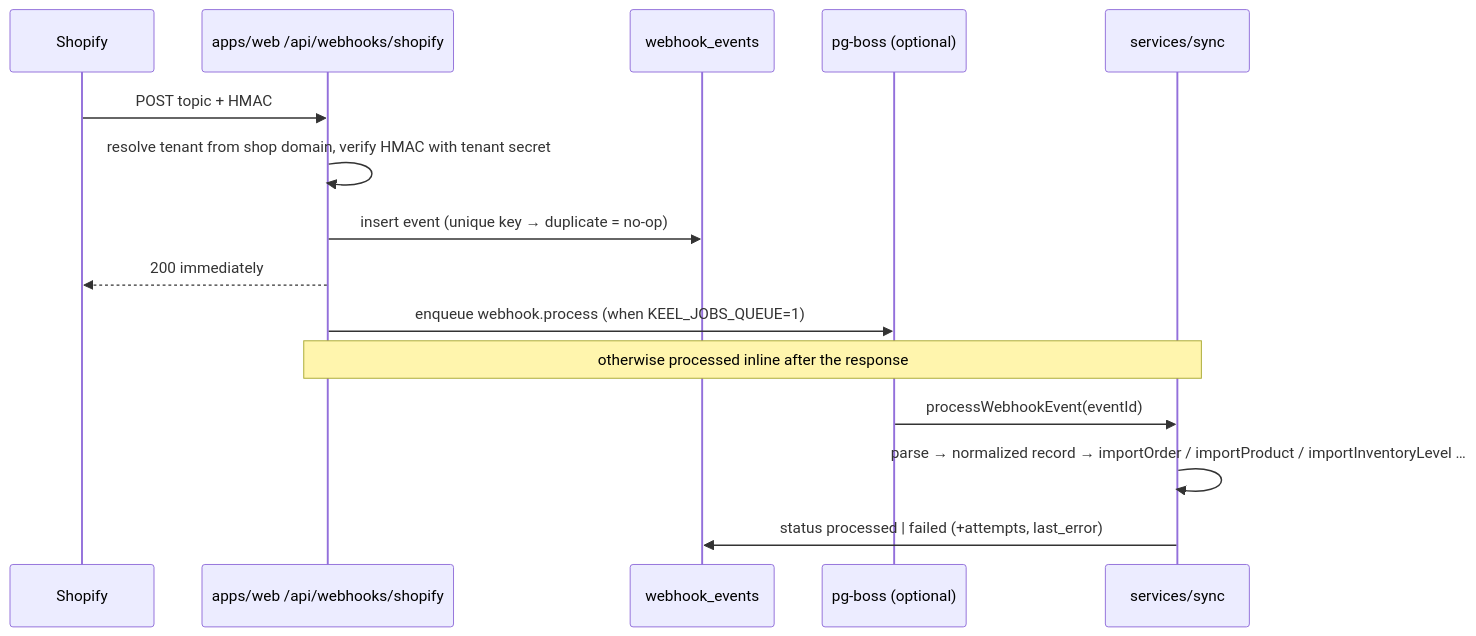
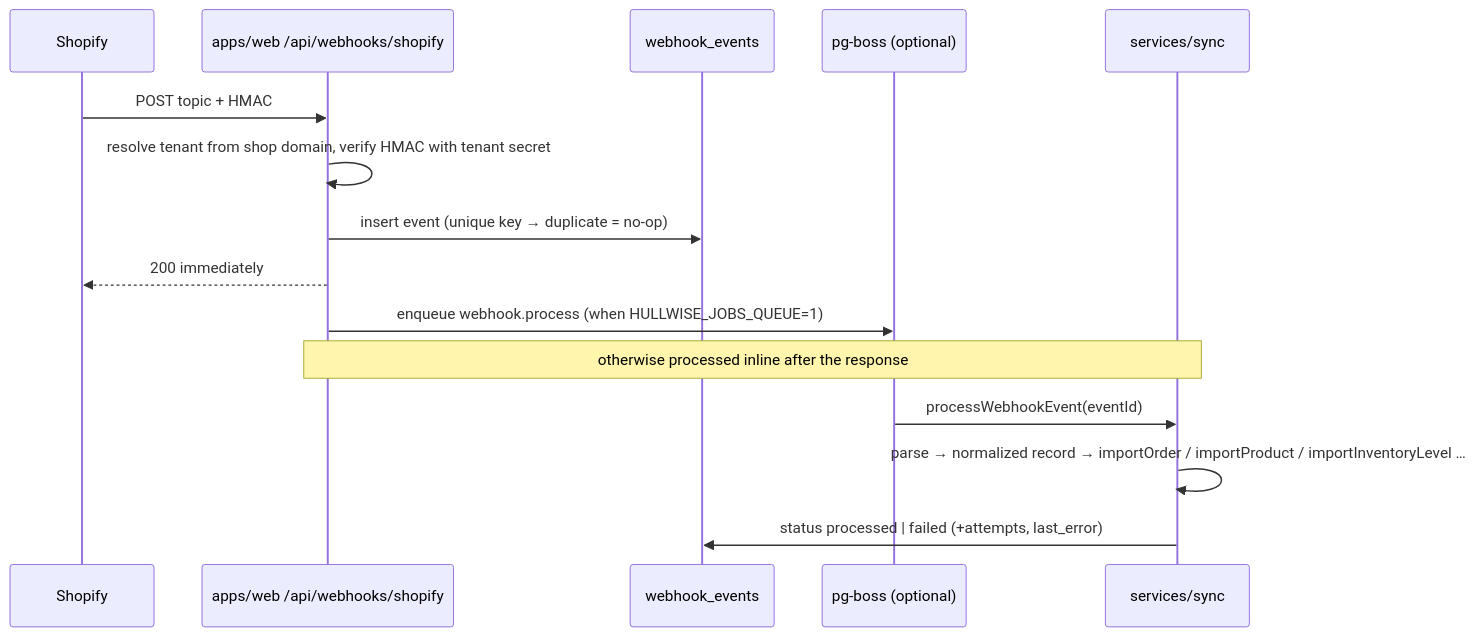
Before and after one commit to Federico1927/keel: the second of 6 diagrams in docs/ARCHITECTURE.md, drawn with Mermaid. The commit also changed other lines of this file and 854 other files, not shown here.

````diff
--- a/docs/ARCHITECTURE.md
+++ b/docs/ARCHITECTURE.md
@@ -133,17 +146,17 @@
 ```mermaid
 sequenceDiagram
   participant S as Shopify
   participant W as apps/web /api/webhooks/shopify
   participant DB as webhook_events
   participant Q as pg-boss (optional)
   participant P as services/sync
   S->>W: POST topic + HMAC
   W->>W: resolve tenant from shop domain, verify HMAC with tenant secret
   W->>DB: insert event (unique key → duplicate = no-op)
   W-->>S: 200 immediately
-  W->>Q: enqueue webhook.process (when KEEL_JOBS_QUEUE=1)
+  W->>Q: enqueue webhook.process (when HULLWISE_JOBS_QUEUE=1)
   Note over W,P: otherwise processed inline after the response
   Q->>P: processWebhookEvent(eventId)
   P->>P: parse → normalized record → importOrder / importProduct / importInventoryLevel …
   P->>DB: status processed | failed (+attempts, last_error)
 ```
````
